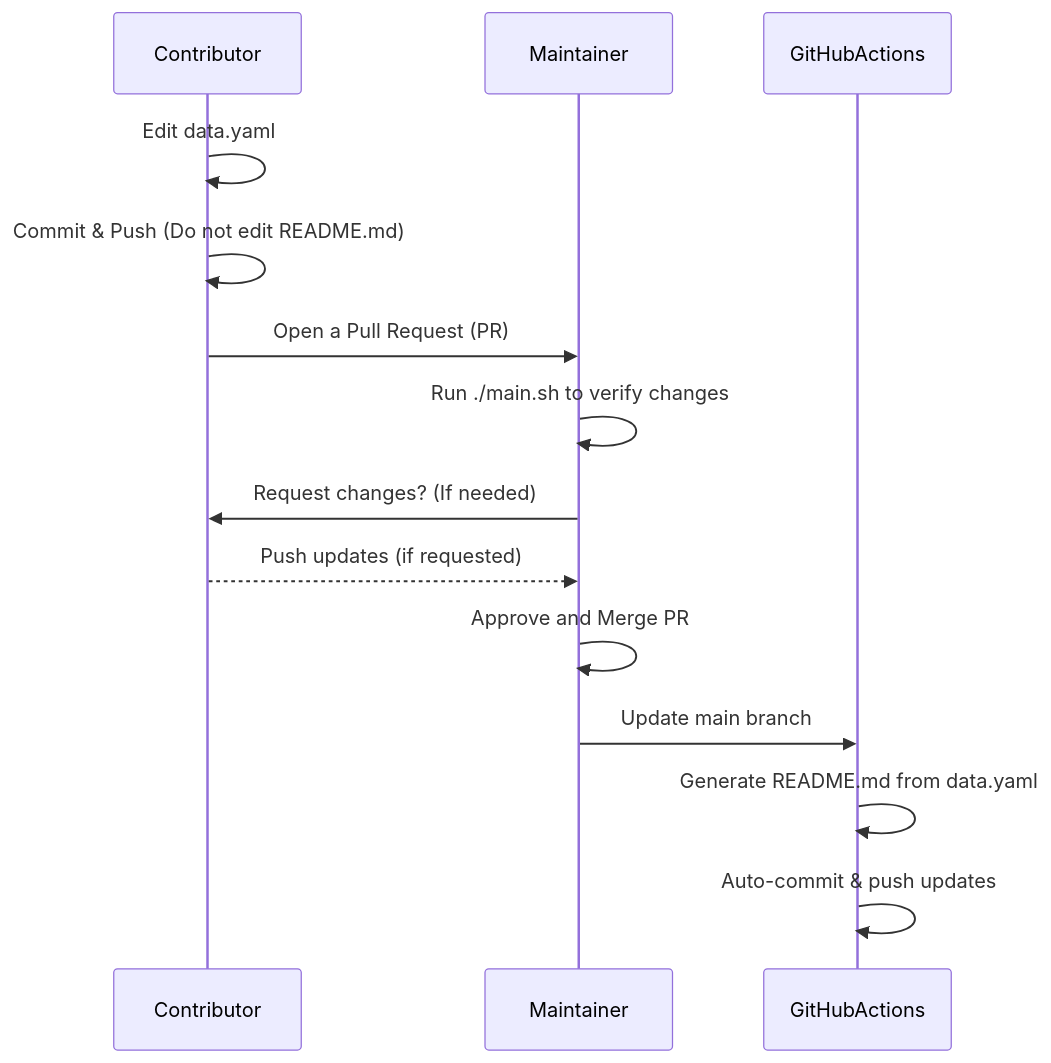
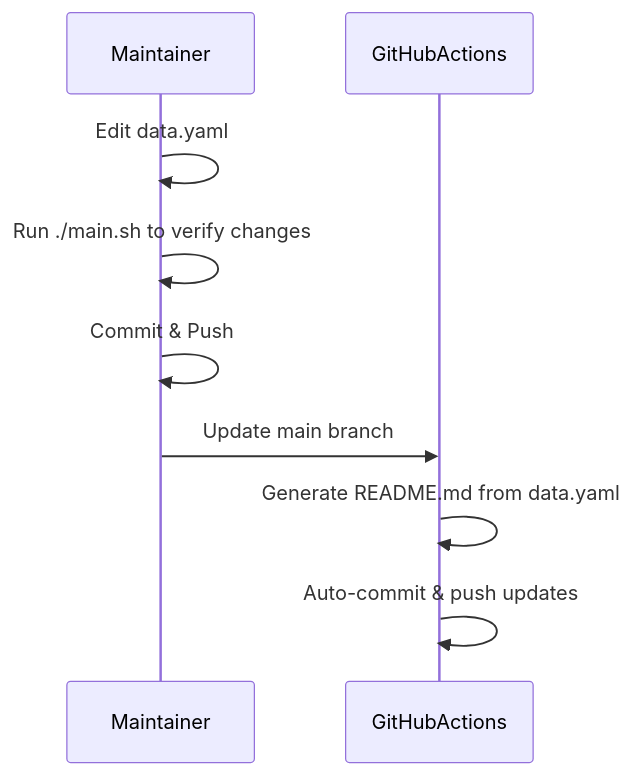
One commit to liam-hq/awesome-er-diagrams changed the diagram in CONTRIBUTING.md. Above: the diagram before and after it, drawn with Mermaid. The commit also changed other lines of this file, not shown here.

Commit message:
docs: update contribution policy to closed-development
This project is now maintained by the core team and does not accept
unsolicited external Pull Requests.

- Add contribution policy section
- Remove external PR workflow from guidelines and mermaid diagram
- Direct suggestions to issues instead of PRs

````diff
--- a/CONTRIBUTING.md
+++ b/CONTRIBUTING.md
@@ -25,20 +21,13 @@
 ```mermaid
 sequenceDiagram
-    participant Contributor
     participant Maintainer
     participant GitHubActions
 
-    Contributor->>Contributor: Edit data.yaml
-    Contributor->>Contributor: Commit & Push (Do not edit README.md)
-    Contributor->>Maintainer: Open a Pull Request (PR)
-
+    Maintainer->>Maintainer: Edit data.yaml
     Maintainer->>Maintainer: Run ./main.sh to verify changes
-    Maintainer->>Contributor: Request changes? (If needed)
-    Contributor-->>Maintainer: Push updates (if requested)
-
-    Maintainer->>Maintainer: Approve and Merge PR
+    Maintainer->>Maintainer: Commit & Push
 
     Maintainer->>GitHubActions: Update main branch
     GitHubActions->>GitHubActions: Generate README.md from data.yaml
     GitHubActions->>GitHubActions: Auto-commit & push updates
 ```
````
